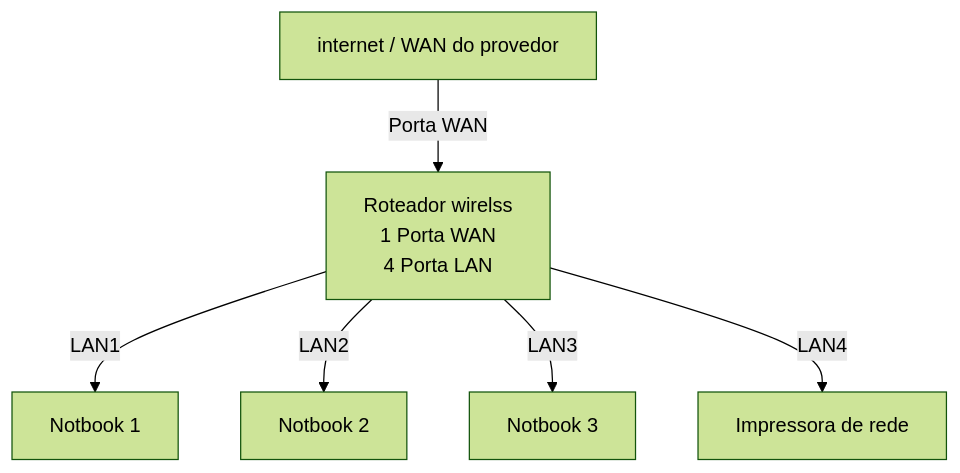
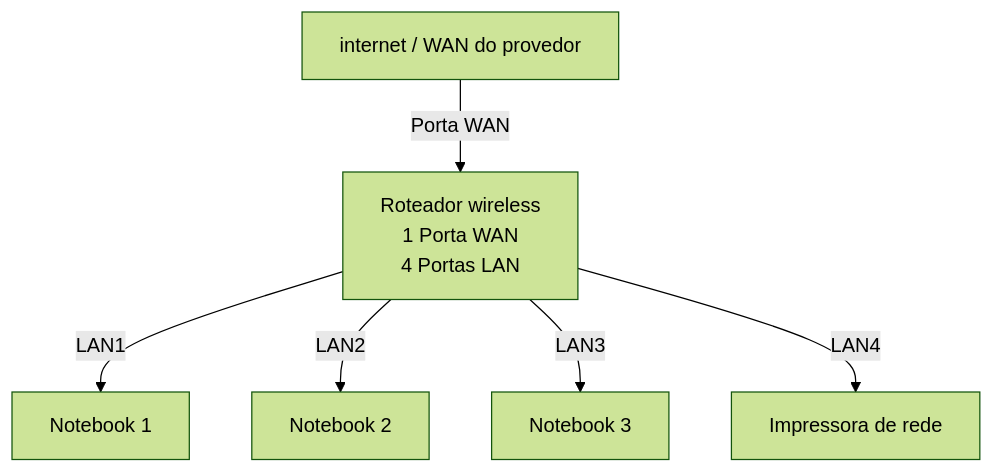
The diagram in README.md (ryan0f0lima32/-lab-redes-01), drawn with Mermaid (forest theme) before and after one commit. The commit also changed other lines of this file, not shown here.

````diff
--- a/README.md
+++ b/README.md
@@ -35,20 +38,19 @@
- ```mermaid 
+```mermaid
 graph TD
 
 WAN[internet / WAN do provedor]
 
-Router[Roteador wirelss<br>1 Porta WAN<br>4 Porta LAN]
+Router[Roteador wireless<br>1 Porta WAN<br>4 Portas LAN]
 
-PC1[Notbook 1]
-PC2[Notbook 2]
-PC3[Notbook 3]
+PC1[Notebook 1]
+PC2[Notebook 2]
+PC3[Notebook 3]
 
 Printer[Impressora de rede]
 
 WAN --> |Porta WAN| Router
 Router -->|LAN1| PC1
 Router -->|LAN2| PC2
 Router -->|LAN3| PC3
 Router -->|LAN4| Printer
- 
 ```
````
